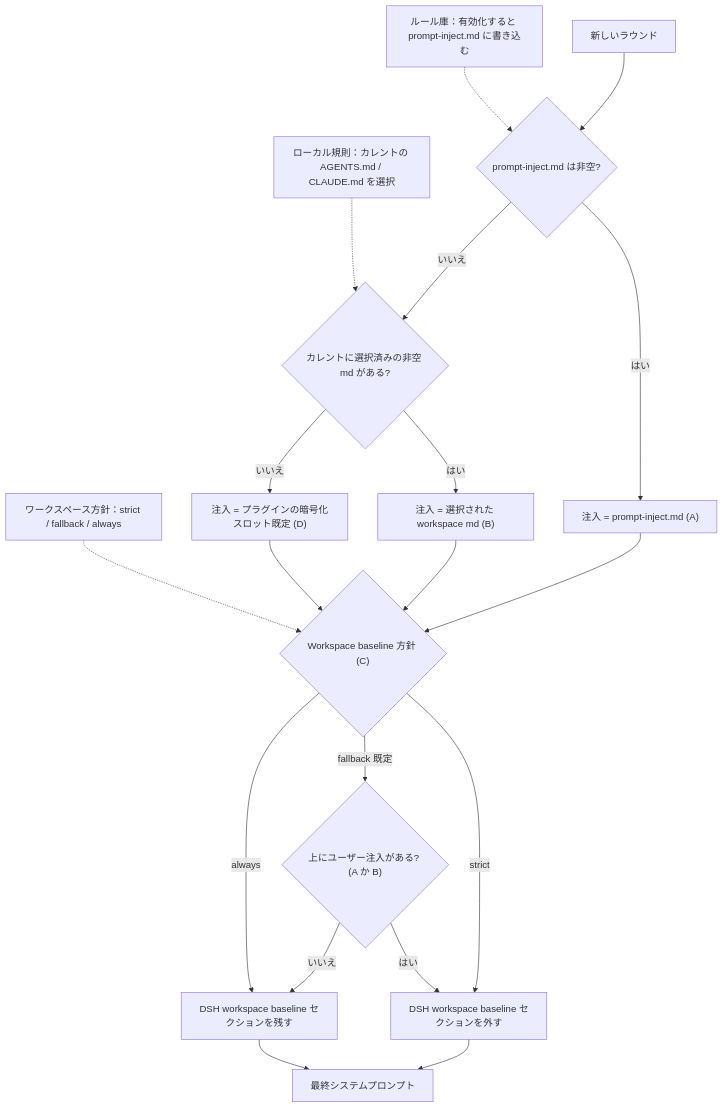
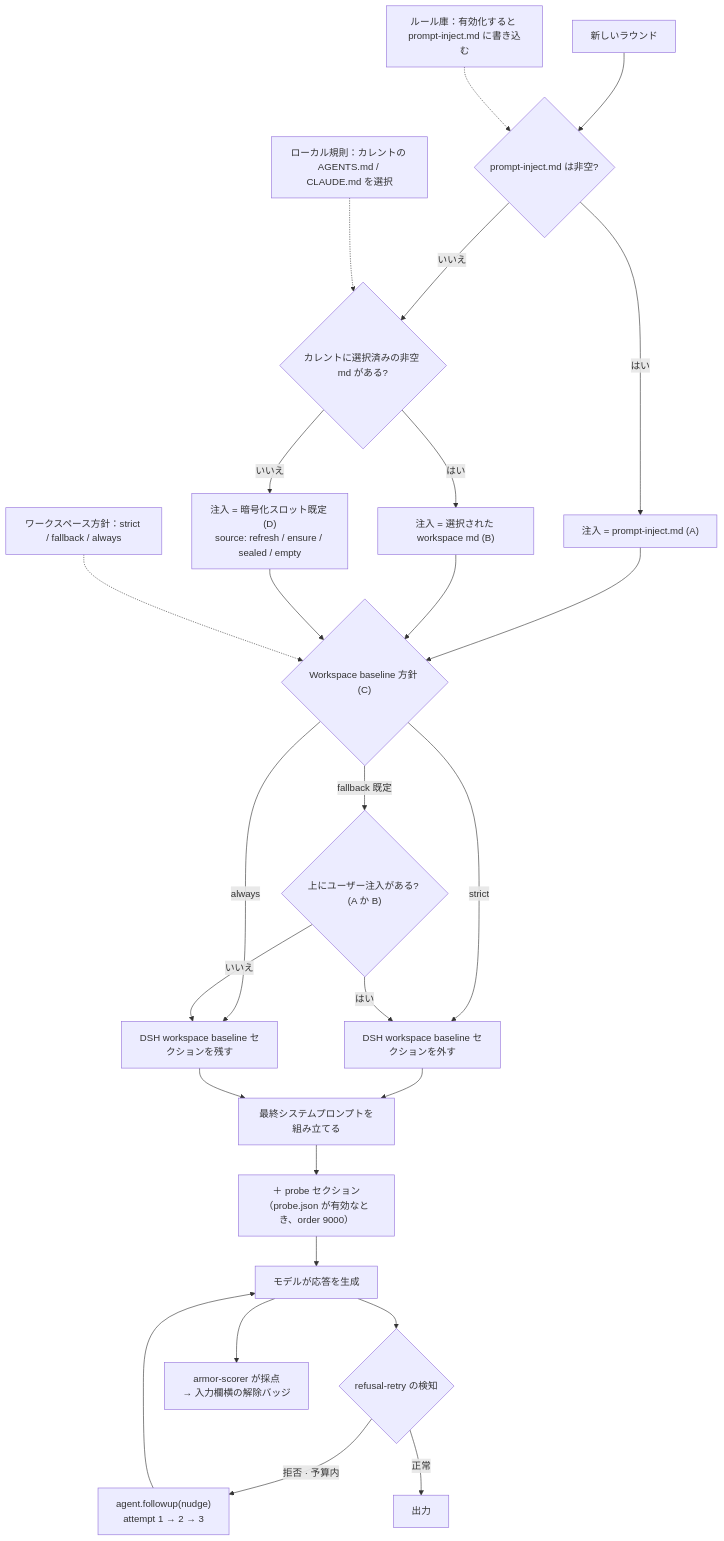
Before and after one commit to L1daye/dsh-purge-nolimit: the third of 3 diagrams in README.ja.md, drawn with Mermaid. The commit also changed other lines of this file and 2 other files, not shown here.

````diff
--- a/README.ja.md
+++ b/README.ja.md
@@ -492,26 +533,34 @@
 ```mermaid
 flowchart TD
   L["ルール庫：有効化すると prompt-inject.md に書き込む"]
   W["ローカル規則：カレントの AGENTS.md / CLAUDE.md を選択"]
   P["ワークスペース方針：strict / fallback / always"]
 
   A["新しいラウンド"] --> B{"prompt-inject.md は非空?"}
   B -->|はい| C["注入 = prompt-inject.md (A)"]
   B -->|いいえ| D{"カレントに選択済みの非空 md がある?"}
   D -->|はい| E["注入 = 選択された workspace md (B)"]
-  D -->|いいえ| F["注入 = プラグインの暗号化スロット既定 (D)"]
+  D -->|いいえ| F["注入 = 暗号化スロット既定 (D)<br/>source: refresh / ensure / sealed / empty"]
   C --> G{"Workspace baseline 方針 (C)"}
   E --> G
   F --> G
   G -->|strict| H["DSH workspace baseline セクションを外す"]
   G -->|fallback 既定| I{"上にユーザー注入がある? (A か B)"}
   G -->|always| J["DSH workspace baseline セクションを残す"]
   I -->|はい| H
   I -->|いいえ| J
-  H --> K["最終システムプロンプト"]
+  H --> K["最終システムプロンプトを組み立てる"]
   J --> K
+
+  K --> M["＋ probe セクション（probe.json が有効なとき、order 9000）"]
+  M --> N["モデルが応答を生成"]
+  N --> O{"refusal-retry の検知"}
+  O -->|拒否 · 予算内| Q["agent.followup(nudge)<br/>attempt 1 → 2 → 3"]
+  Q --> N
+  O -->|正常| R["出力"]
+  N --> S["armor-scorer が採点<br/>→ 入力欄横の解除バッジ"]
 
   L -.-> B
   W -.-> D
   P -.-> G
 ```
````
